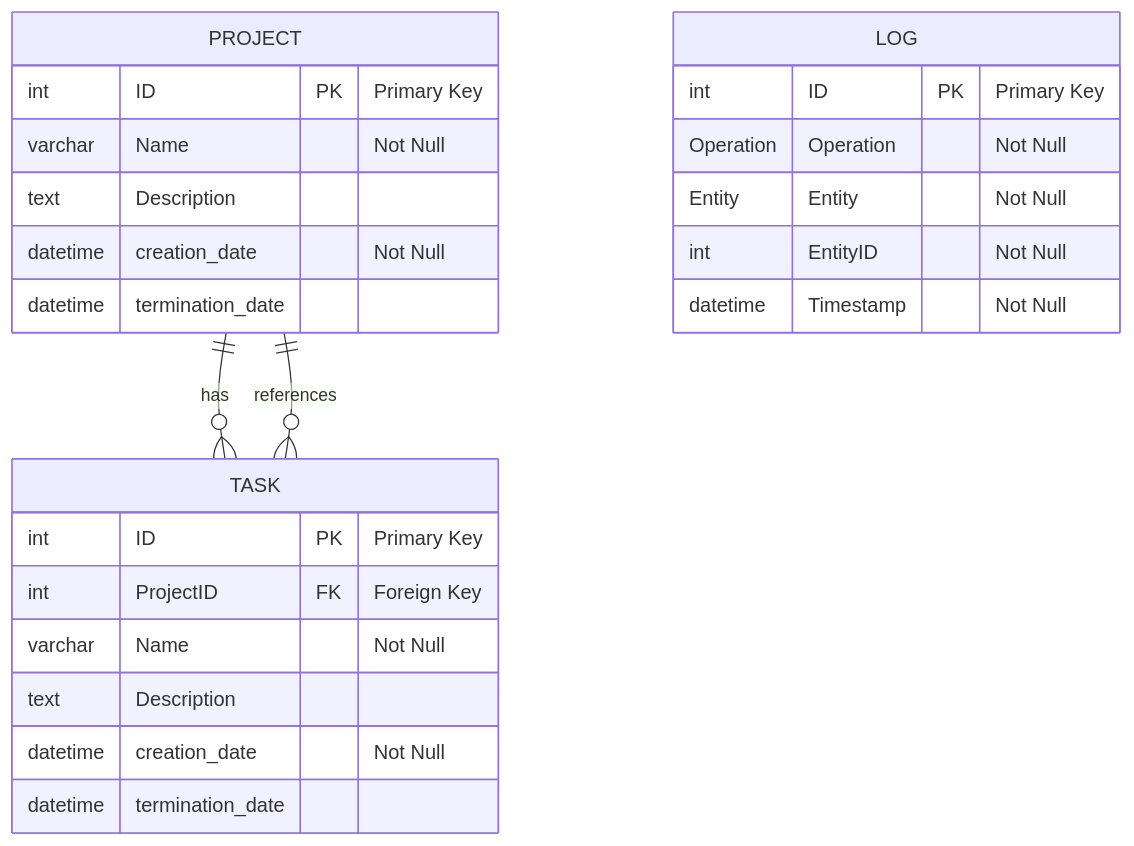
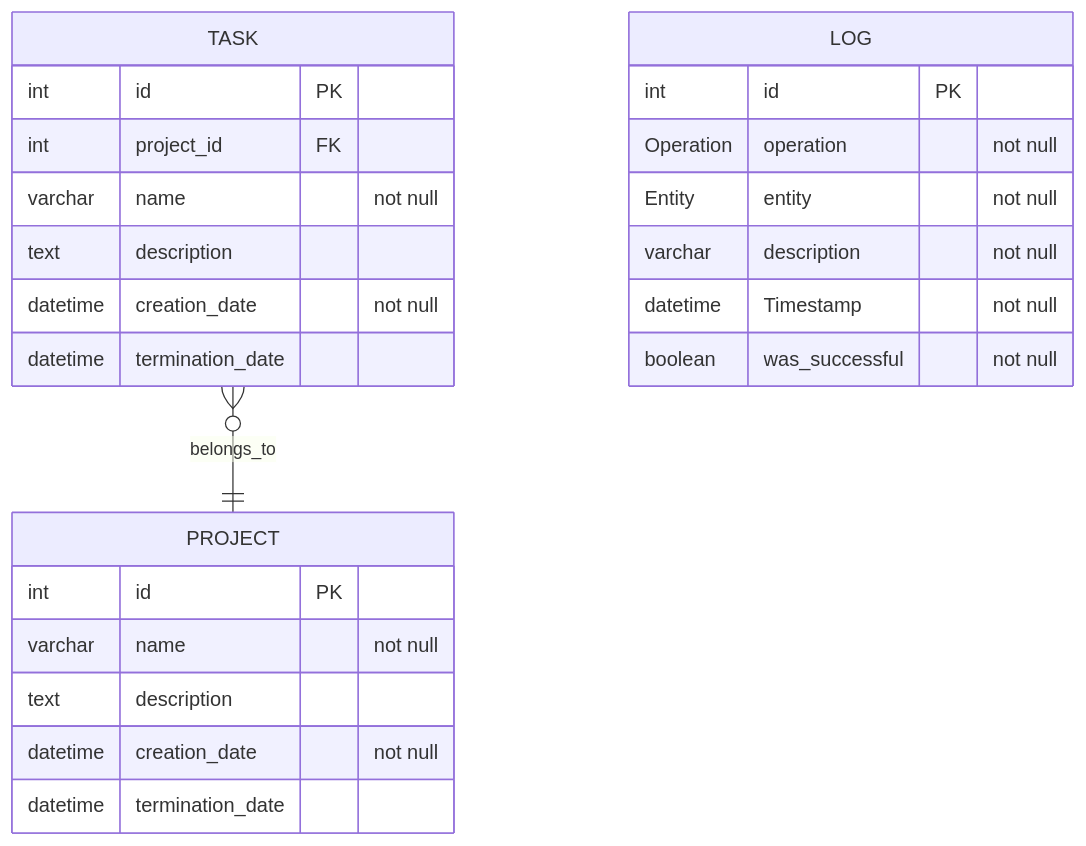
Before and after one commit to UniVHub/Task-And-Project-Manager: the diagram in README.md, drawn with Mermaid. The commit also changed other lines of this file and 25 other files, not shown here.

````diff
--- a/README.md
+++ b/README.md
@@ -17,30 +31,30 @@
 ```mermaid
 erDiagram
+    TASK }o--|| PROJECT : belongs_to
+
     PROJECT {
-        int ID PK "Primary Key"
-        varchar Name "Not Null"
-        text Description
-        datetime creation_date "Not Null"
+        int id PK
+        varchar name "not null"
+        text description
+        datetime creation_date "not null"
         datetime termination_date
     }
 
     TASK {
-        int ID PK "Primary Key"
-        int ProjectID FK "Foreign Key"
-        varchar Name "Not Null"
-        text Description
-        datetime creation_date "Not Null"
+        int id PK
+        int project_id FK
+        varchar name "not null"
+        text description
+        datetime creation_date "not null"
         datetime termination_date
     }
 
     LOG {
-        int ID PK "Primary Key"
-        Operation Operation "Not Null"
-        Entity Entity "Not Null"
-        int EntityID "Not Null"
-        datetime Timestamp "Not Null"
+        int id PK
+        Operation operation "not null"
+        Entity entity "not null"
+        varchar description "not null"
+        datetime Timestamp "not null"
+        boolean was_successful "not null"
     }
-
-    PROJECT ||--o{ TASK : has
-    TASK }o--|| PROJECT : references
 ```
````
